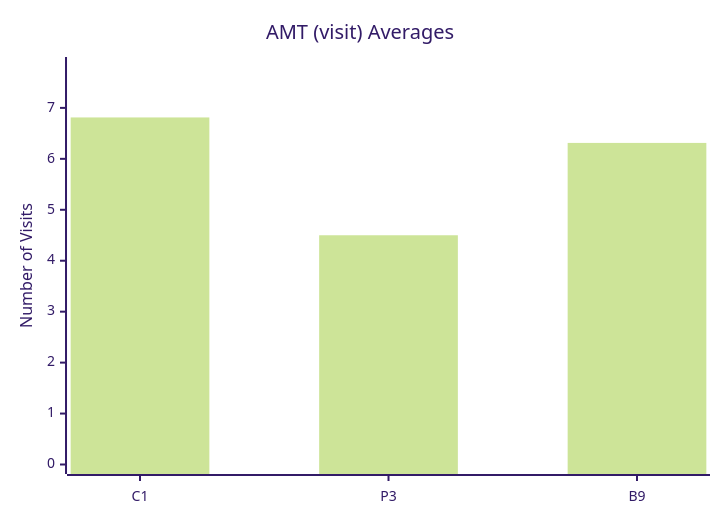
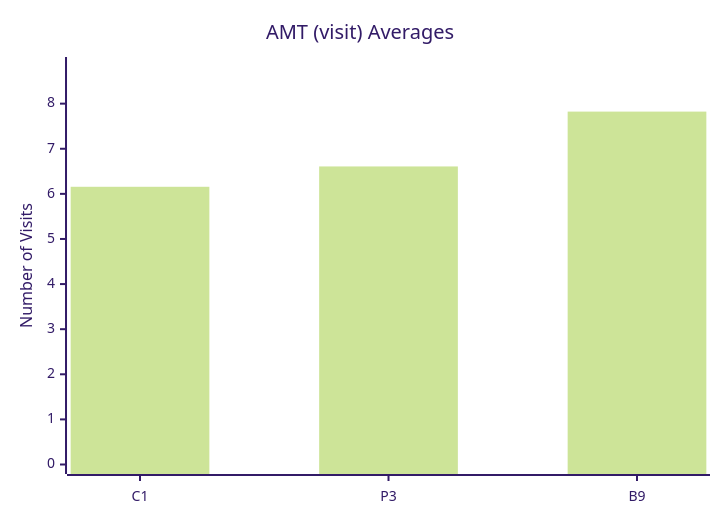
The tenth of 10 diagrams in test-tools/DataGen/src/Statistics_Visualizer.md (dhagan-va/intern-2025), drawn with Mermaid (forest theme) before and after one commit. The commit also changed other lines of this file and 2 other files, not shown here.

````diff
--- a/test-tools/DataGen/src/Statistics_Visualizer.md
+++ b/test-tools/DataGen/src/Statistics_Visualizer.md
@@ -108,7 +108,7 @@
 ```mermaid
 xychart-beta
     title "AMT (visit) Averages"
     x-axis ["C1", "P3", "B9"]
-    y-axis "Number of Visits" 0 --> 7.8125
-    bar [6.8125, 4.5, 6.3125]
+    y-axis "Number of Visits" 0 --> 8.823529411764707
+    bar [6.1568627450980395, 6.607843137254902, 7.823529411764706]
 ```
````
